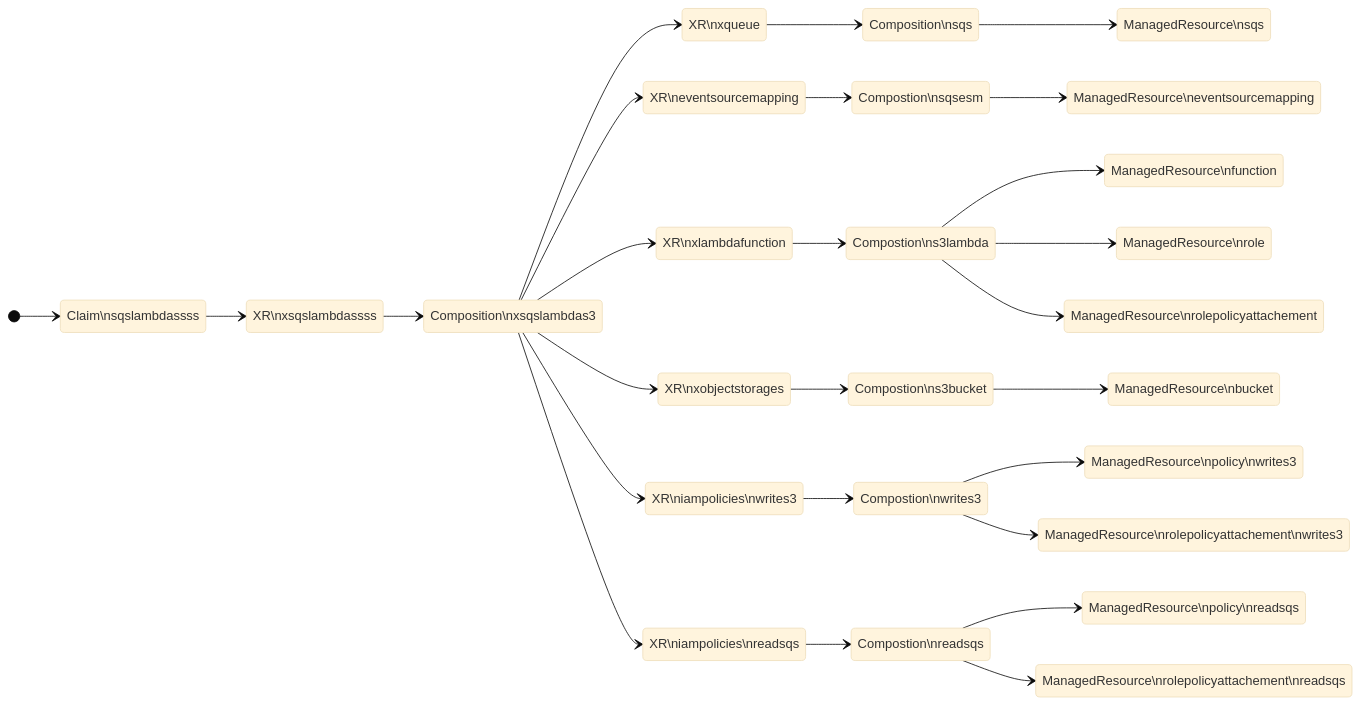
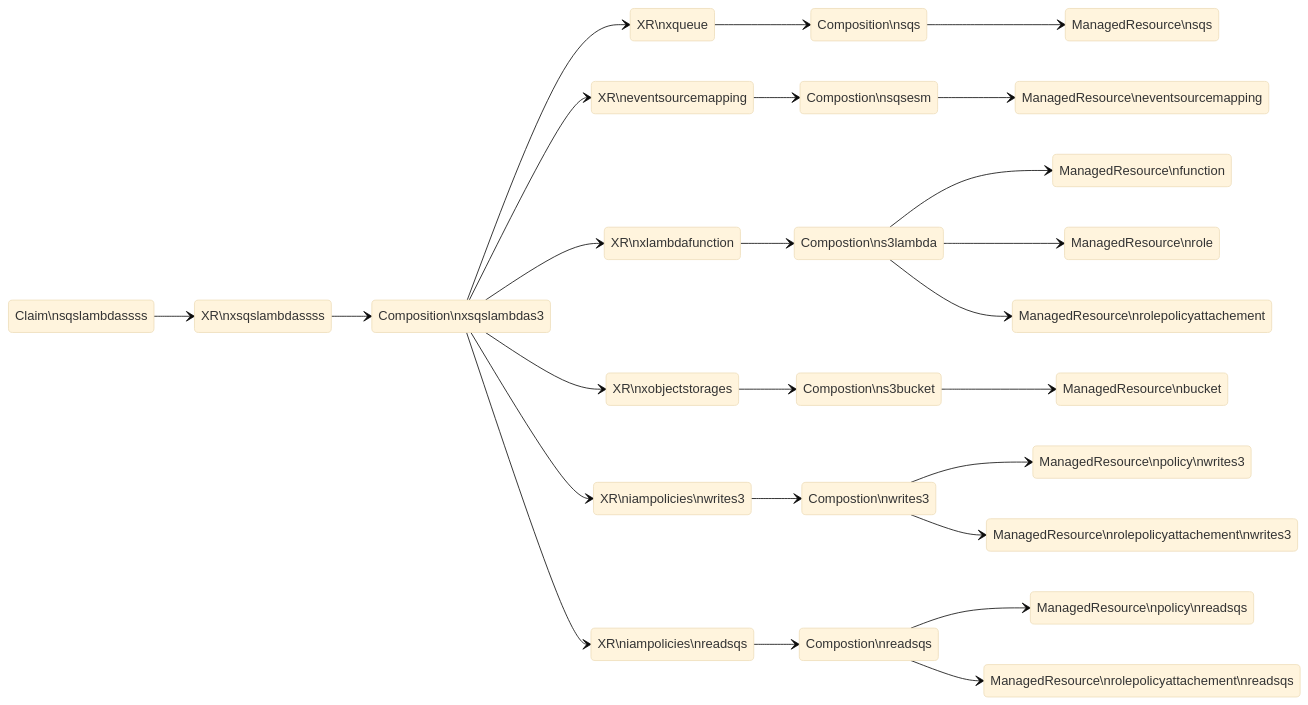
One commit to awslabs/crossplane-on-eks changed the diagram in examples/upbound-aws-provider/composite-resources/serverless-examples/sqs-lambda-s3/README.md. Above: the diagram before and after it, drawn with Mermaid (base theme). The commit also changed other lines of this file and 1 other file, not shown here.

````diff
--- a/examples/upbound-aws-provider/composite-resources/serverless-examples/sqs-lambda-s3/README.md
+++ b/examples/upbound-aws-provider/composite-resources/serverless-examples/sqs-lambda-s3/README.md
@@ -72,29 +72,28 @@
 ```mermaid
 stateDiagram-v2
     direction LR
-    [*] --> Claim\nsqslambdassss
     Claim\nsqslambdassss --> XR\nxsqslambdassss
     XR\nxsqslambdassss --> Composition\nxsqslambdas3
     Composition\nxsqslambdas3 --> XR\nxqueue
     Composition\nxsqslambdas3 --> XR\neventsourcemapping
     Composition\nxsqslambdas3 --> XR\nxlambdafunction
     Composition\nxsqslambdas3 --> XR\nxobjectstorages
     Composition\nxsqslambdas3 --> XR\niampolicies\nwrites3
     Composition\nxsqslambdas3 --> XR\niampolicies\nreadsqs
     XR\nxqueue --> Composition\nsqs
     Composition\nsqs --> ManagedResource\nsqs
     XR\neventsourcemapping --> Compostion\nsqsesm
     Compostion\nsqsesm --> ManagedResource\neventsourcemapping
     XR\nxlambdafunction --> Compostion\ns3lambda
     Compostion\ns3lambda --> ManagedResource\nfunction
     Compostion\ns3lambda --> ManagedResource\nrole
     Compostion\ns3lambda --> ManagedResource\nrolepolicyattachement
     XR\nxobjectstorages --> Compostion\ns3bucket
     Compostion\ns3bucket --> ManagedResource\nbucket
     XR\niampolicies\nwrites3 --> Compostion\nwrites3
     Compostion\nwrites3 --> ManagedResource\npolicy\nwrites3
     Compostion\nwrites3 --> ManagedResource\nrolepolicyattachement\nwrites3
     XR\niampolicies\nreadsqs --> Compostion\nreadsqs
     Compostion\nreadsqs --> ManagedResource\npolicy\nreadsqs
     Compostion\nreadsqs --> ManagedResource\nrolepolicyattachement\nreadsqs
 ```
````
